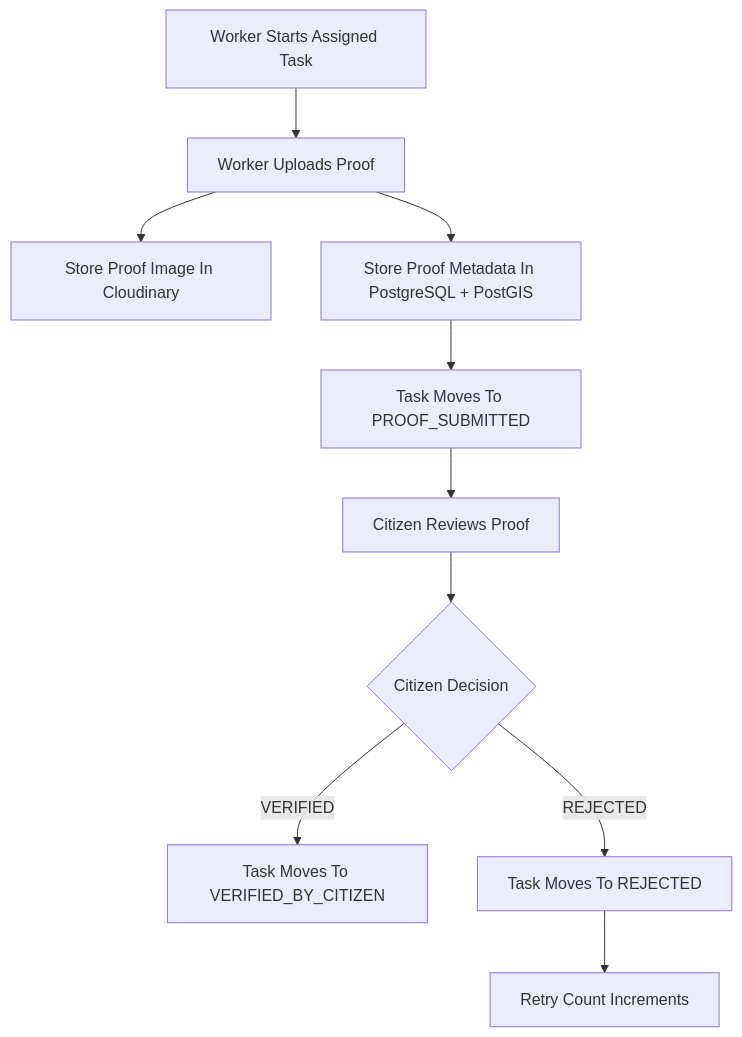
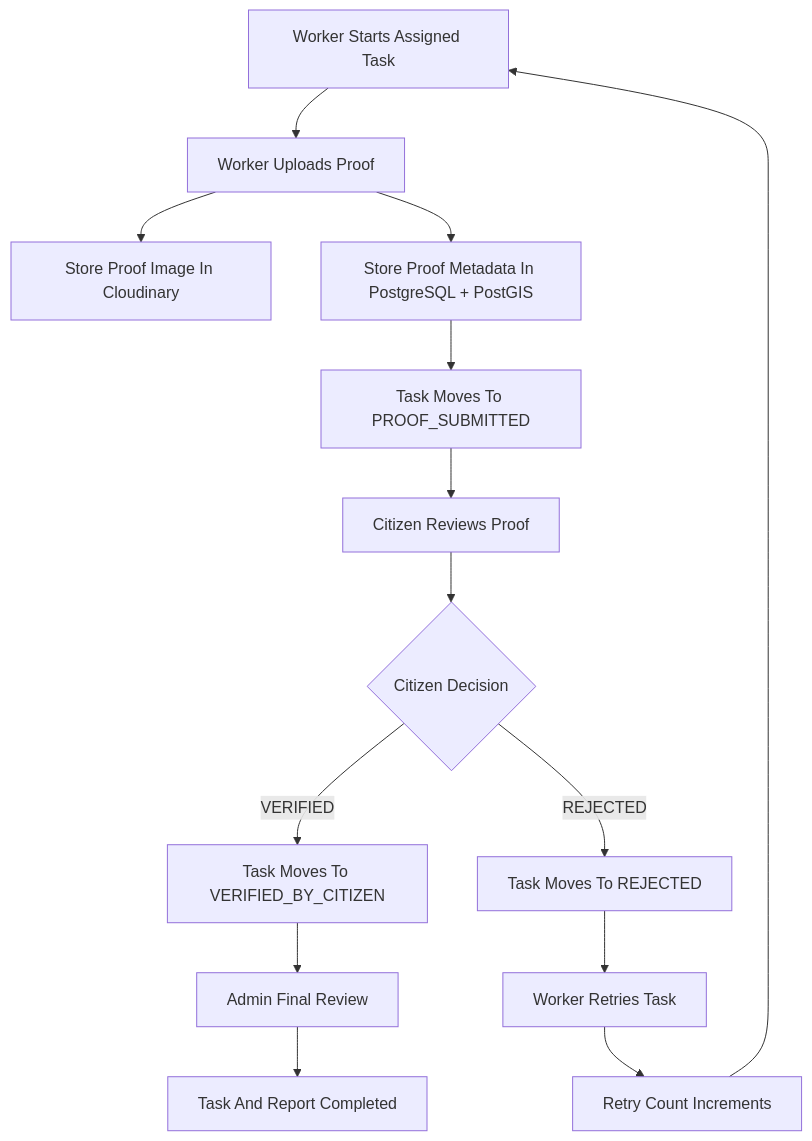
One commit to OmkarDongre7772/SnapFix-Backend changed the fifth of 11 diagrams in README.md. Above: the diagram before and after it, drawn with Mermaid. The commit also changed other lines of this file and 16 other files, not shown here.

First line of the commit message:
Release-3: Phase 3,4- Worker Retry & Admin Final Review Complete

````diff
--- a/README.md
+++ b/README.md
@@ -288,24 +296,31 @@
 ```mermaid
 flowchart TD
 
     A[Worker Starts Assigned Task]
     B[Worker Uploads Proof]
     C[Store Proof Image In Cloudinary]
     D[Store Proof Metadata In PostgreSQL + PostGIS]
     E[Task Moves To PROOF_SUBMITTED]
     F[Citizen Reviews Proof]
     G{Citizen Decision}
     H[Task Moves To VERIFIED_BY_CITIZEN]
     I[Task Moves To REJECTED]
-    J[Retry Count Increments]
+    J[Worker Retries Task]
+    K[Retry Count Increments]
+    L[Admin Final Review]
+    M[Task And Report Completed]
 
     A --> B
     B --> C
     B --> D
     D --> E
     E --> F
     F --> G
     G -->|VERIFIED| H
     G -->|REJECTED| I
     I --> J
+    J --> K
+    K --> A
+    H --> L
+    L --> M
 ```
````
